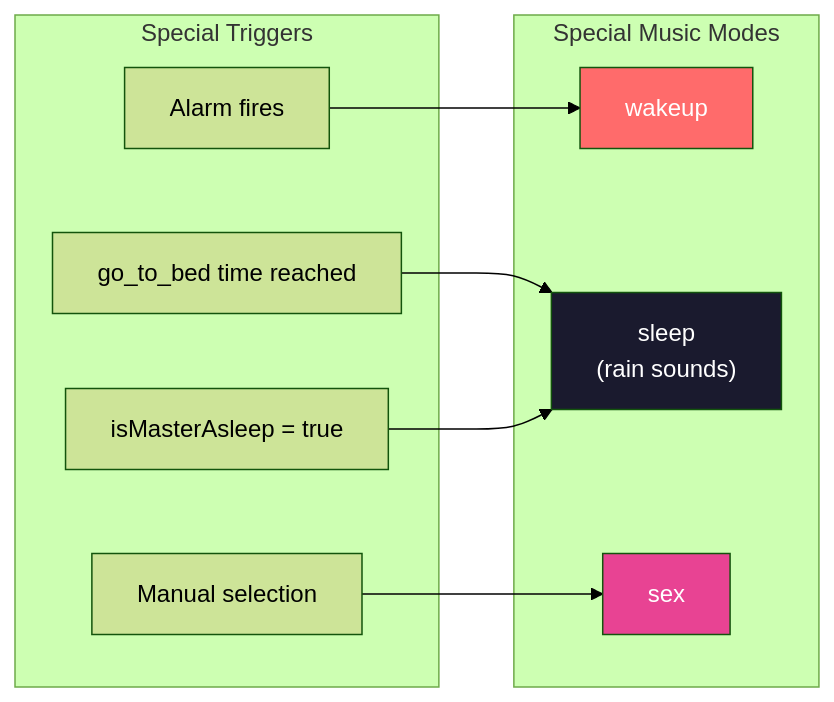
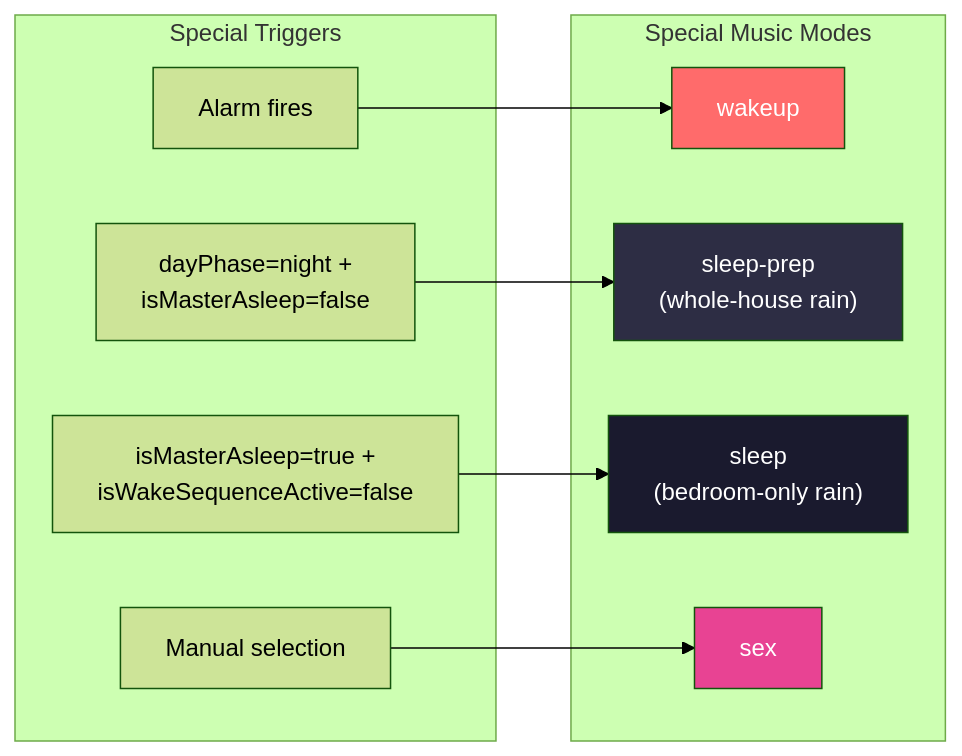
Before and after one commit to NickBorgers/home-automation: the sixth of 7 diagrams in docs/flows/DAY_PHASE_MODES.md, drawn with Mermaid (forest theme). The commit also changed other lines of this file, not shown here.

First line of the commit message:
docs: Update DAY_PHASE_MODES.md for sleep zone wake sequence changes

````diff
--- a/docs/flows/DAY_PHASE_MODES.md
+++ b/docs/flows/DAY_PHASE_MODES.md
@@ -272,24 +272,26 @@
 ```mermaid
 flowchart LR
     subgraph Triggers["Special Triggers"]
         alarm["Alarm fires"]
-        goToBed["go_to_bed time reached"]
-        sleepState["isMasterAsleep = true"]
+        nightPhase["dayPhase=night +<br/>isMasterAsleep=false"]
+        sleepState["isMasterAsleep=true +<br/>isWakeSequenceActive=false"]
         manual["Manual selection"]
     end
 
     subgraph SpecialModes["Special Music Modes"]
         wakeup["wakeup"]
-        sleep["sleep<br/>(rain sounds)"]
+        sleepPrep["sleep-prep<br/>(whole-house rain)"]
+        sleep["sleep<br/>(bedroom-only rain)"]
         sex["sex"]
     end
 
     alarm --> wakeup
-    goToBed --> sleep
+    nightPhase --> sleepPrep
     sleepState --> sleep
     manual --> sex
 
     style wakeup fill:#ff6b6b,color:#fff
+    style sleepPrep fill:#2d2d44,color:#fff
     style sleep fill:#1a1a2e,color:#fff
     style sex fill:#e84393,color:#fff
 ```
````
